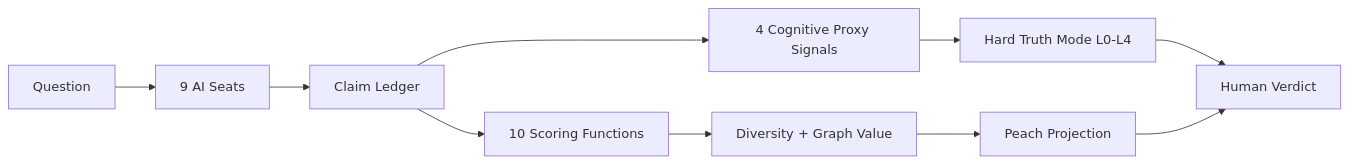
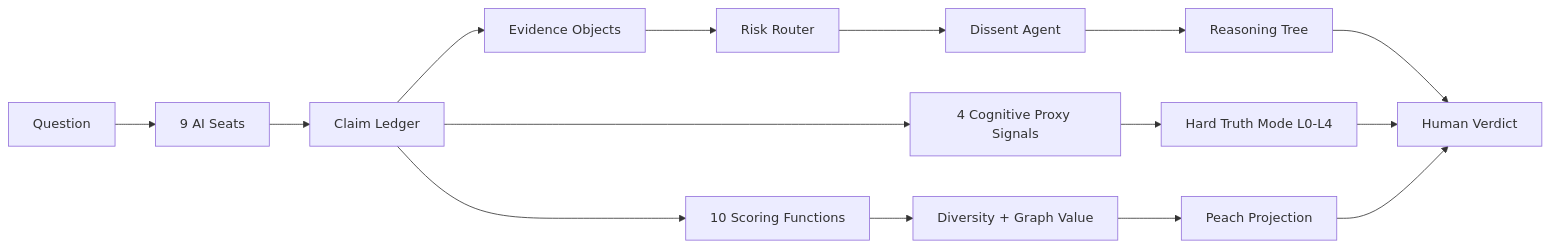
The diagram in README.md (reguorider-gif/ai-judge), drawn with Mermaid before and after one commit. The commit also changed other lines of this file and 56 other files, not shown here.

````diff
--- a/README.md
+++ b/README.md
@@ -49,12 +51,17 @@
 ```mermaid
 flowchart LR
     Q["Question"] --> J["9 AI Seats"]
     J --> C["Claim Ledger"]
     C --> S["10 Scoring Functions"]
+    C --> E["Evidence Objects"]
+    E --> R["Risk Router"]
+    R --> X["Dissent Agent"]
+    X --> T["Reasoning Tree"]
     C --> N["4 Cognitive Proxy Signals"]
+    N --> H["Hard Truth Mode L0-L4"]
     S --> D["Diversity + Graph Value"]
-    N --> H["Hard Truth Mode L0-L4"]
     D --> P["Peach Projection"]
-    H --> V["Human Verdict"]
+    T --> V["Human Verdict"]
+    H --> V
     P --> V
 ```
````
